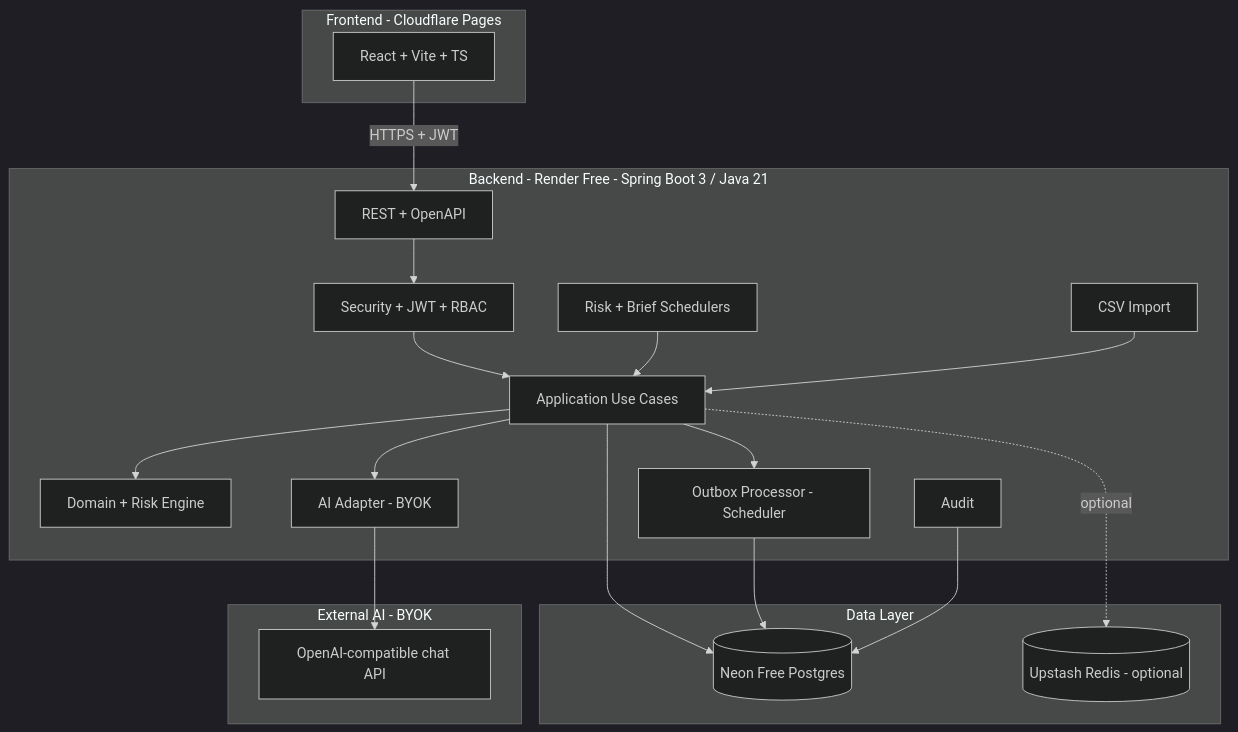
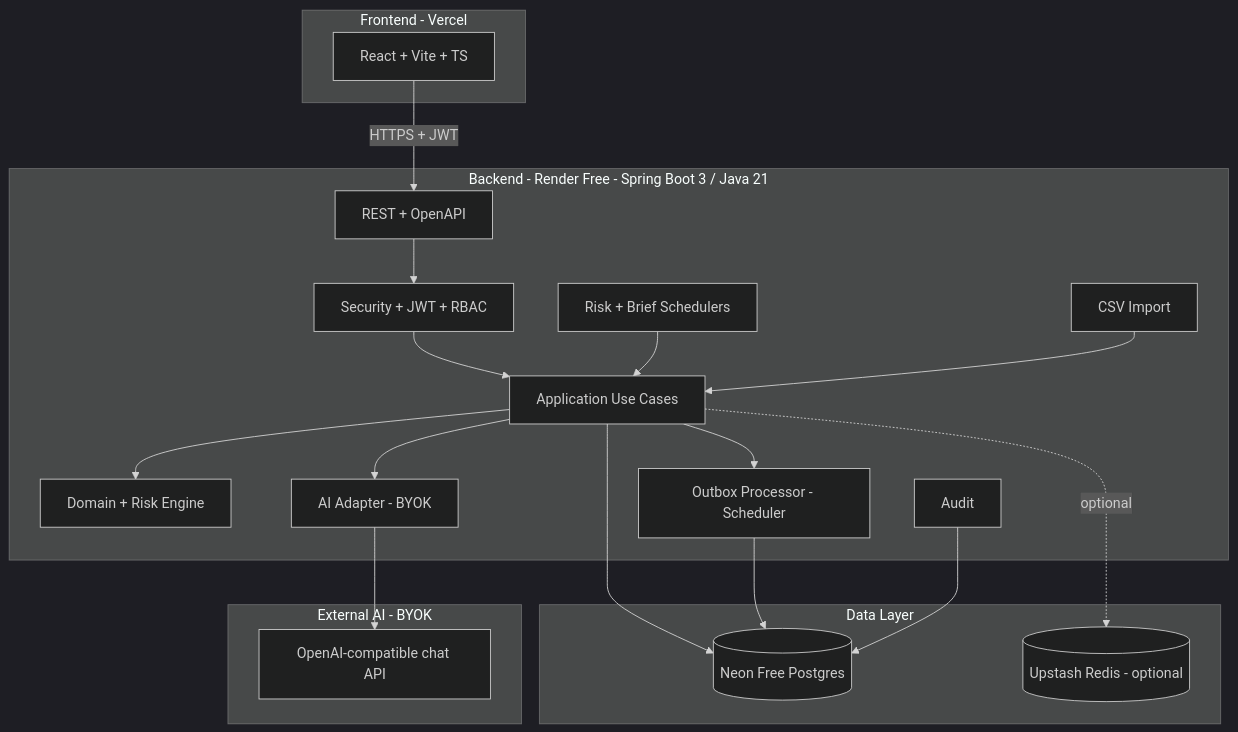
One commit to Praciller/opspulse-ai changed the first of 3 diagrams in README.md. Above: the diagram before and after it, drawn with Mermaid (dark theme). The commit also changed other lines of this file, not shown here.

Commit message:
docs: align active OpsPulse hosting with verified Vercel release

````diff
--- a/README.md
+++ b/README.md
@@ -81,33 +83,33 @@
 ```mermaid
 flowchart TB
-    subgraph Frontend[Frontend - Cloudflare Pages]
+    subgraph Frontend[Frontend - Vercel]
         React[React + Vite + TS]
     end
     subgraph Backend[Backend - Render Free - Spring Boot 3 / Java 21]
         API[REST + OpenAPI]
         Sec[Security + JWT + RBAC]
         UC[Application Use Cases]
         Dom[Domain + Risk Engine]
         AI[AI Adapter - BYOK]
         OB[Outbox Processor - Scheduler]
         Sch[Risk + Brief Schedulers]
         Imp[CSV Import]
         Aud[Audit]
     end
     subgraph Data[Data Layer]
         Neon[(Neon Free Postgres)]
         Upstash[(Upstash Redis - optional)]
     end
     subgraph ExtAI[External AI - BYOK]
         Provider[OpenAI-compatible chat API]
     end
     React -->|HTTPS + JWT| API
     API --> Sec --> UC --> Dom
     UC --> Neon
     UC --> AI --> Provider
     UC --> OB --> Neon
     Sch --> UC
     Imp --> UC
     Aud --> Neon
     UC -.optional.-> Upstash
 ```
````
